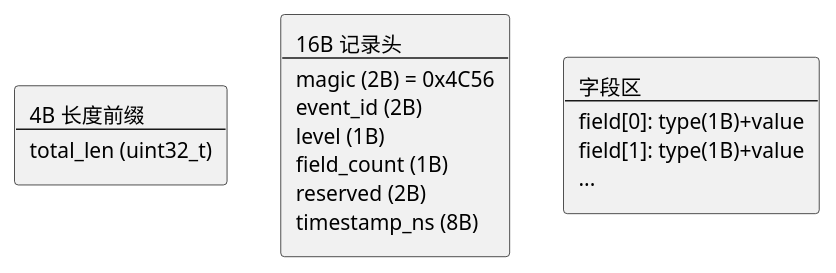
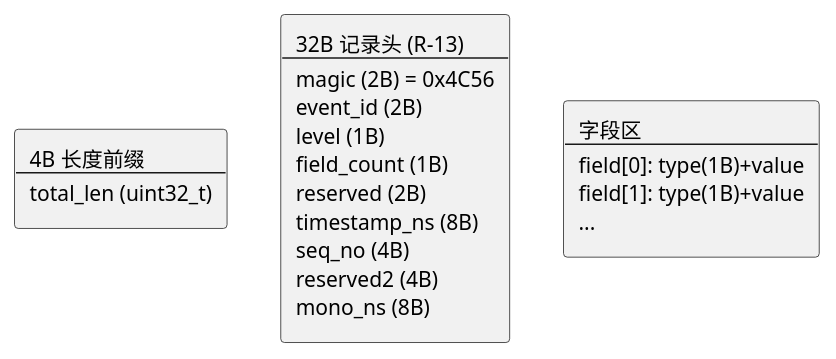
One commit to lechao365/AndroidSystemEnhance changed the seventh of 13 diagrams in docs/01-打点增强/01.02-Daemon增强-lcview-daemon.md. Above: the diagram before and after it, drawn with PlantUML. The commit also changed other lines of this file and 146 other files, not shown here.

````diff
--- a/docs/01-打点增强/01.02-Daemon增强-lcview-daemon.md
+++ b/docs/01-打点增强/01.02-Daemon增强-lcview-daemon.md
@@ -234,10 +241,10 @@
 ```plantuml
 @startuml
 rectangle "4B 长度前缀\n----\ntotal_len (uint32_t)" as LEN
-rectangle "16B 记录头\n----\nmagic (2B) = 0x4C56\nevent_id (2B)\nlevel (1B)\nfield_count (1B)\nreserved (2B)\ntimestamp_ns (8B)" as HDR
+rectangle "32B 记录头 (R-13)\n----\nmagic (2B) = 0x4C56\nevent_id (2B)\nlevel (1B)\nfield_count (1B)\nreserved (2B)\ntimestamp_ns (8B)\nseq_no (4B)\nreserved2 (4B)\nmono_ns (8B)" as HDR
 rectangle "字段区\n----\nfield[0]: type(1B)+value\nfield[1]: type(1B)+value\n..." as BODY
 
 LEN -right[hidden]-> HDR
 HDR -right[hidden]-> BODY
 @enduml
 ```
````
